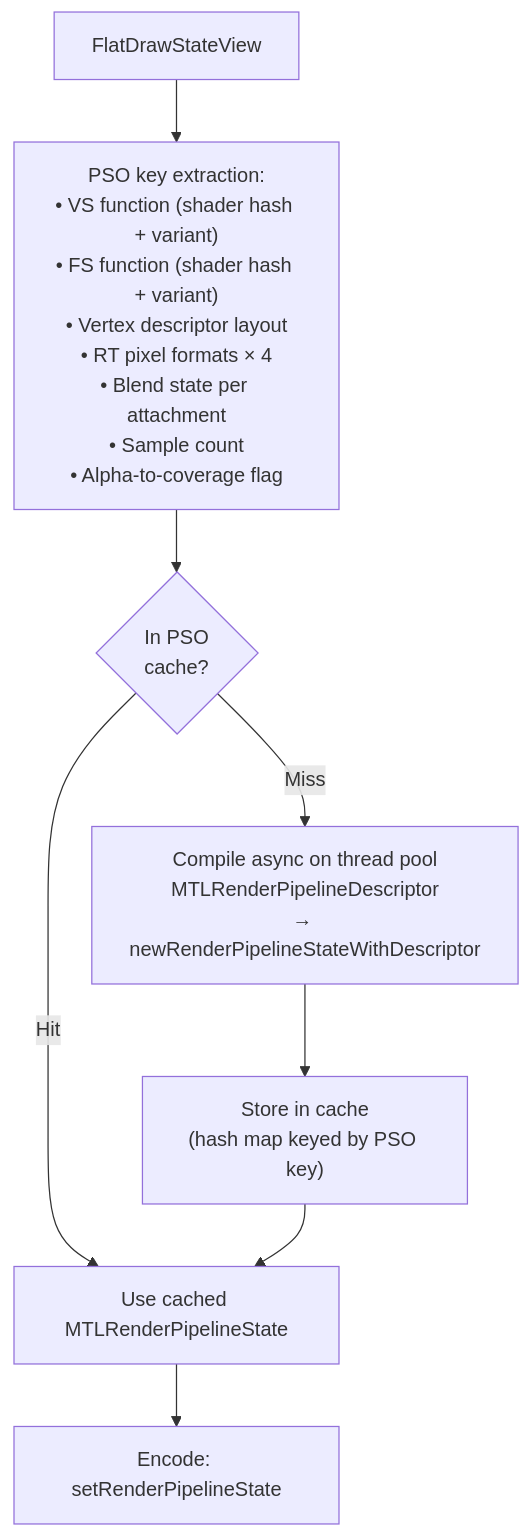
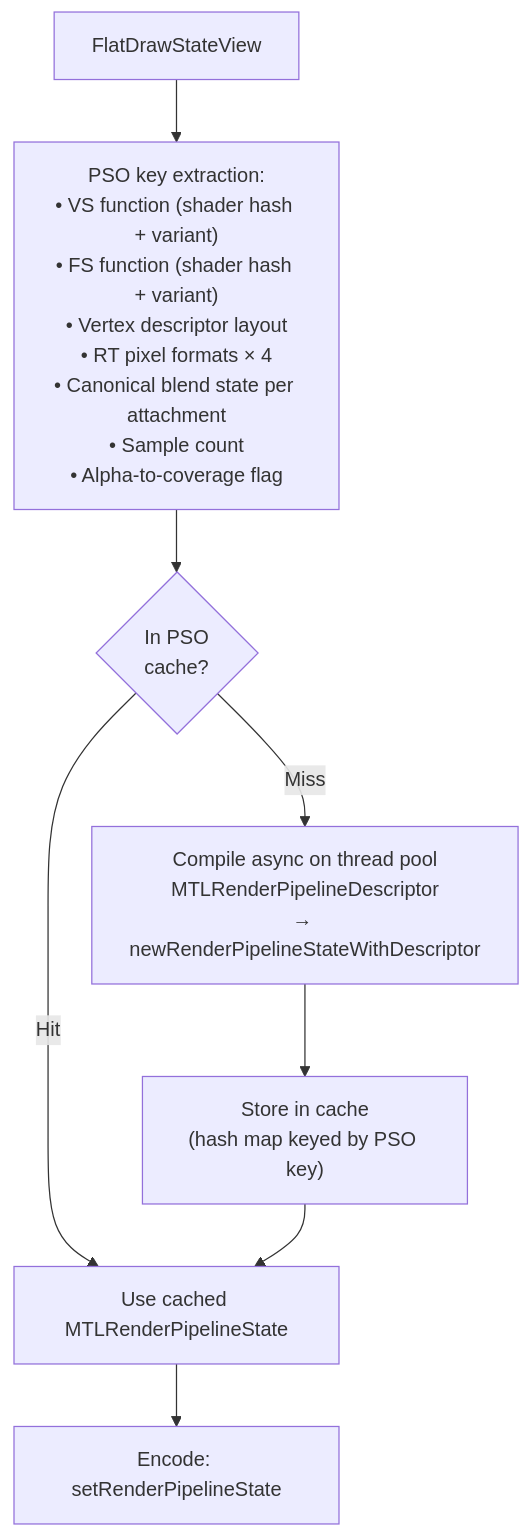
Before and after one commit to dfdgsdfg/dxmt9: diagram 12 of 27 in specs/backend/spec.md, drawn with Mermaid. The commit also changed other lines of this file and 26 other files, not shown here.

````diff
--- a/specs/backend/spec.md
+++ b/specs/backend/spec.md
@@ -1087,10 +1087,10 @@
 ```mermaid
 graph TD
-    DD["FlatDrawStateView"] --> KEY["PSO key extraction:\n• VS function (shader hash + variant)\n• FS function (shader hash + variant)\n• Vertex descriptor layout\n• RT pixel formats × 4\n• Blend state per attachment\n• Sample count\n• Alpha-to-coverage flag"]
+    DD["FlatDrawStateView"] --> KEY["PSO key extraction:\n• VS function (shader hash + variant)\n• FS function (shader hash + variant)\n• Vertex descriptor layout\n• RT pixel formats × 4\n• Canonical blend state per attachment\n• Sample count\n• Alpha-to-coverage flag"]
     KEY --> LOOKUP{In PSO\ncache?}
     LOOKUP -->|Hit| USE["Use cached MTLRenderPipelineState"]
     LOOKUP -->|Miss| COMPILE["Compile async on thread pool\nMTLRenderPipelineDescriptor\n→ newRenderPipelineStateWithDescriptor"]
     COMPILE --> STORE["Store in cache\n(hash map keyed by PSO key)"]
     STORE --> USE
     USE --> ENC["Encode: setRenderPipelineState"]
 ```
````
